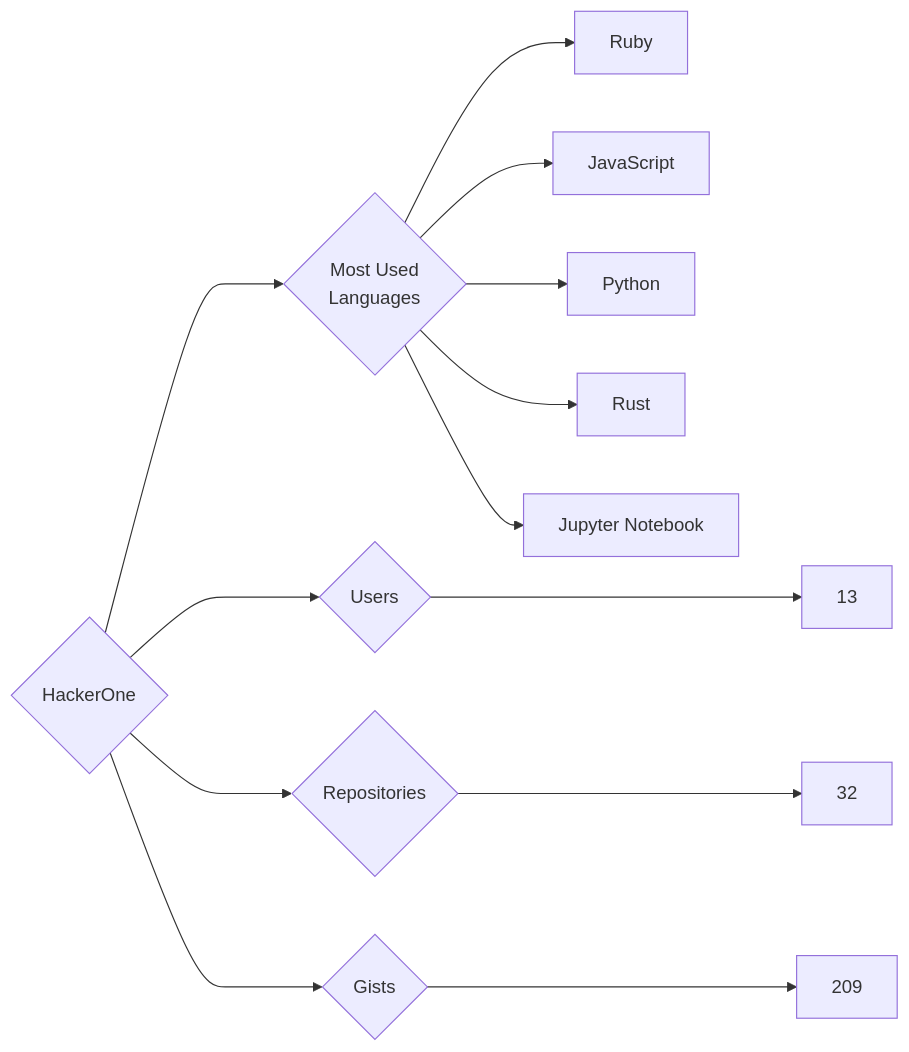
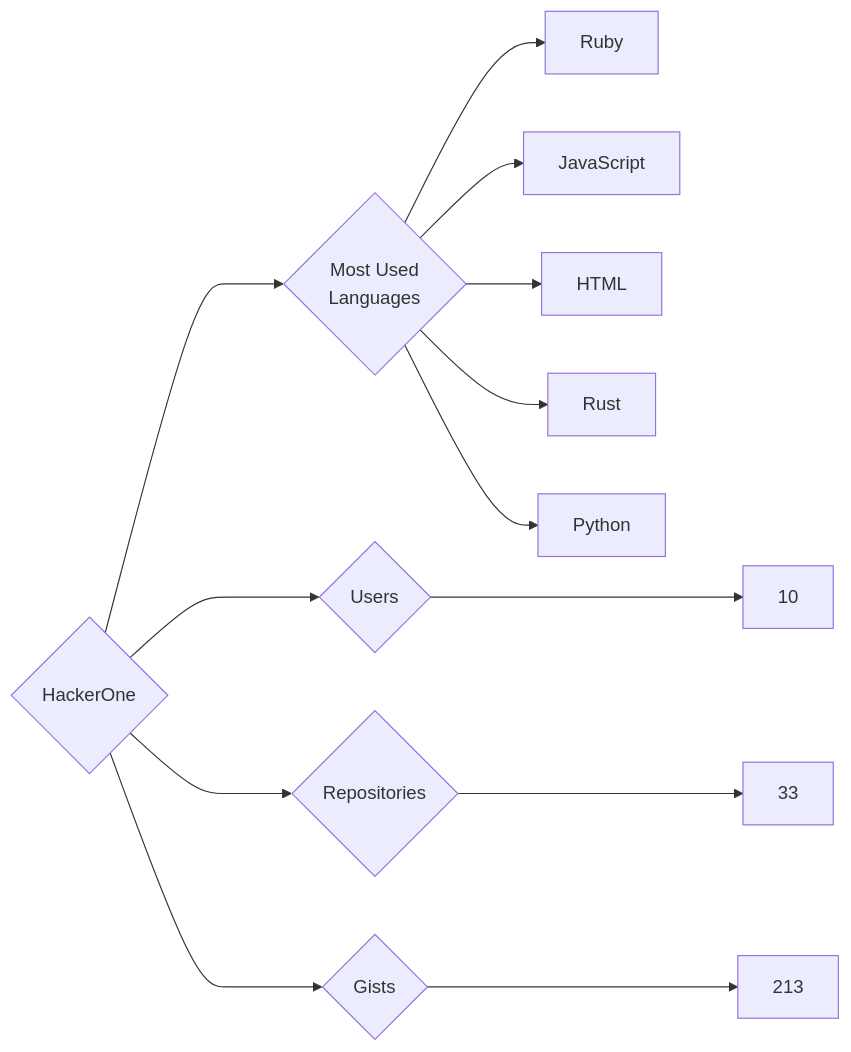
Before and after one commit to trickest/insiders: the diagram in targets/HackerOne/README.md, drawn with Mermaid. The commit also changed 857 other files, not shown here.

````diff
--- a/targets/HackerOne/README.md
+++ b/targets/HackerOne/README.md
@@ -3,13 +3,13 @@
 ```mermaid
 graph LR
 COMPANY_NAME{HackerOne}
-COMPANY_NAME ---> U{Users} ---> UN[13]
-COMPANY_NAME ---> R{Repositories} ---> RN[32]
-COMPANY_NAME ---> G{Gists} ---> GN[209]
+COMPANY_NAME ---> U{Users} ---> UN[10]
+COMPANY_NAME ---> R{Repositories} ---> RN[33]
+COMPANY_NAME ---> G{Gists} ---> GN[213]
 COMPANY_NAME ---> ML{Most Used<br>Languages}
 ML --> Ruby[Ruby]
 ML --> JavaScript[JavaScript]
+ML --> HTML[HTML]
+ML --> Rust[Rust]
 ML --> Python[Python]
-ML --> Rust[Rust]
-ML --> Jupyter_Notebook[Jupyter Notebook]
 ```
````
